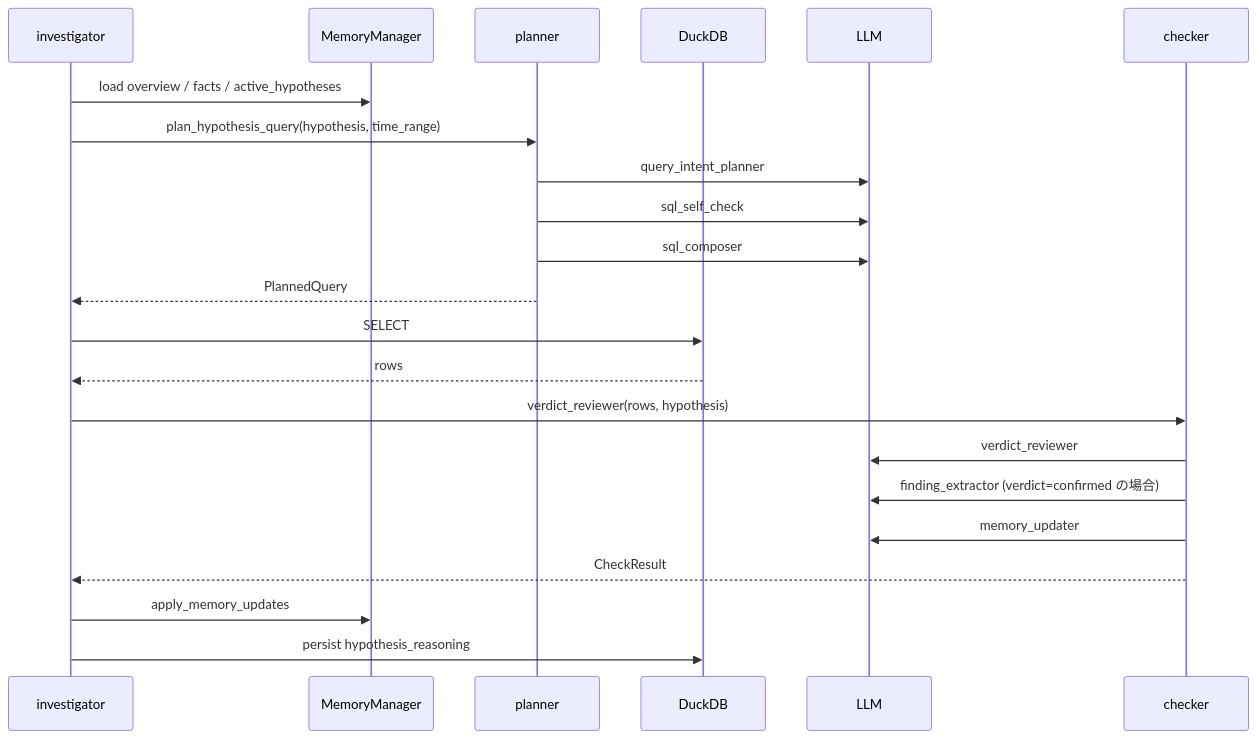
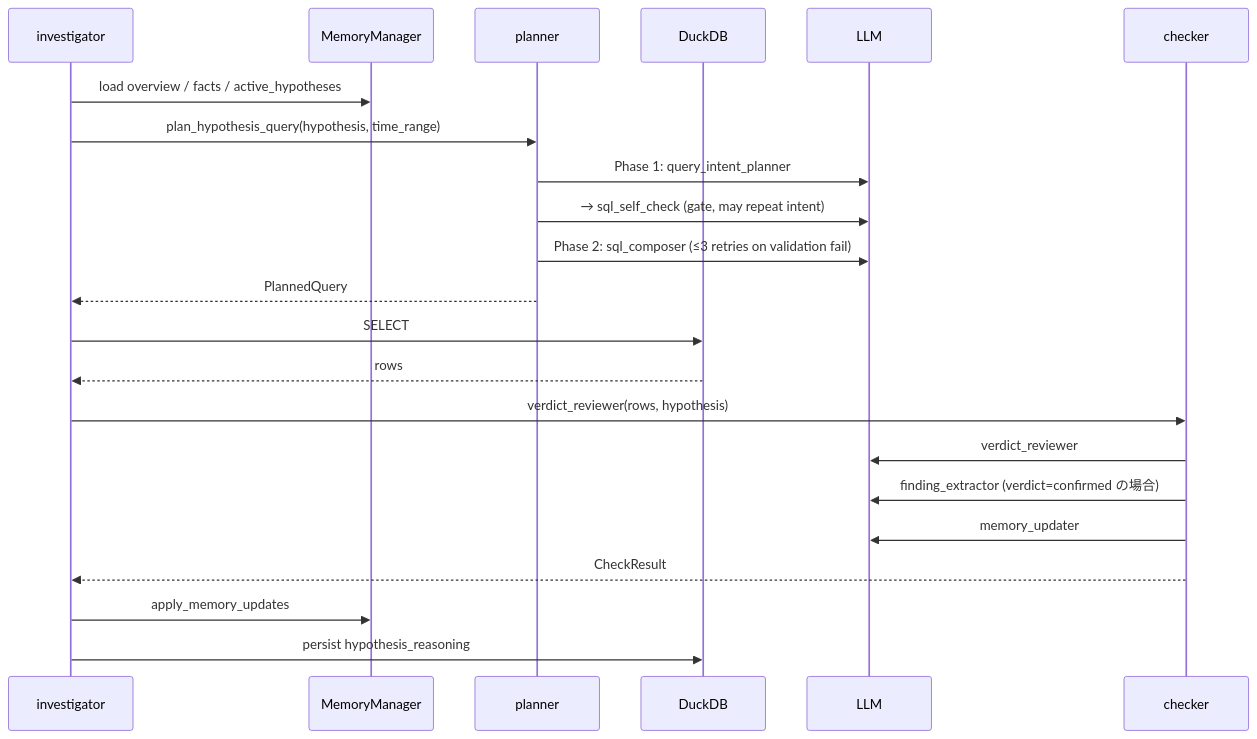
The second of 3 diagrams in docs/architecture.md (sumeshi/forensia), drawn with Mermaid before and after one commit. The commit also changed other lines of this file and 71 other files, not shown here.

````diff
--- a/docs/architecture.md
+++ b/docs/architecture.md
@@ -81,25 +81,25 @@
 ```mermaid
 sequenceDiagram
     participant Inv as investigator
     participant Mem as MemoryManager
     participant Plan as planner
     participant DB as DuckDB
     participant LLM
     participant Chk as checker
 
     Inv->>Mem: load overview / facts / active_hypotheses
     Inv->>Plan: plan_hypothesis_query(hypothesis, time_range)
-    Plan->>LLM: query_intent_planner
-    Plan->>LLM: sql_self_check
-    Plan->>LLM: sql_composer
+    Plan->>LLM: Phase 1: query_intent_planner
+    Plan->>LLM: → sql_self_check (gate, may repeat intent)
+    Plan->>LLM: Phase 2: sql_composer (≤3 retries on validation fail)
     Plan-->>Inv: PlannedQuery
     Inv->>DB: SELECT
     DB-->>Inv: rows
     Inv->>Chk: verdict_reviewer(rows, hypothesis)
     Chk->>LLM: verdict_reviewer
     Chk->>LLM: finding_extractor (verdict=confirmed の場合)
     Chk->>LLM: memory_updater
     Chk-->>Inv: CheckResult
     Inv->>Mem: apply_memory_updates
     Inv->>DB: persist hypothesis_reasoning
 ```
````
